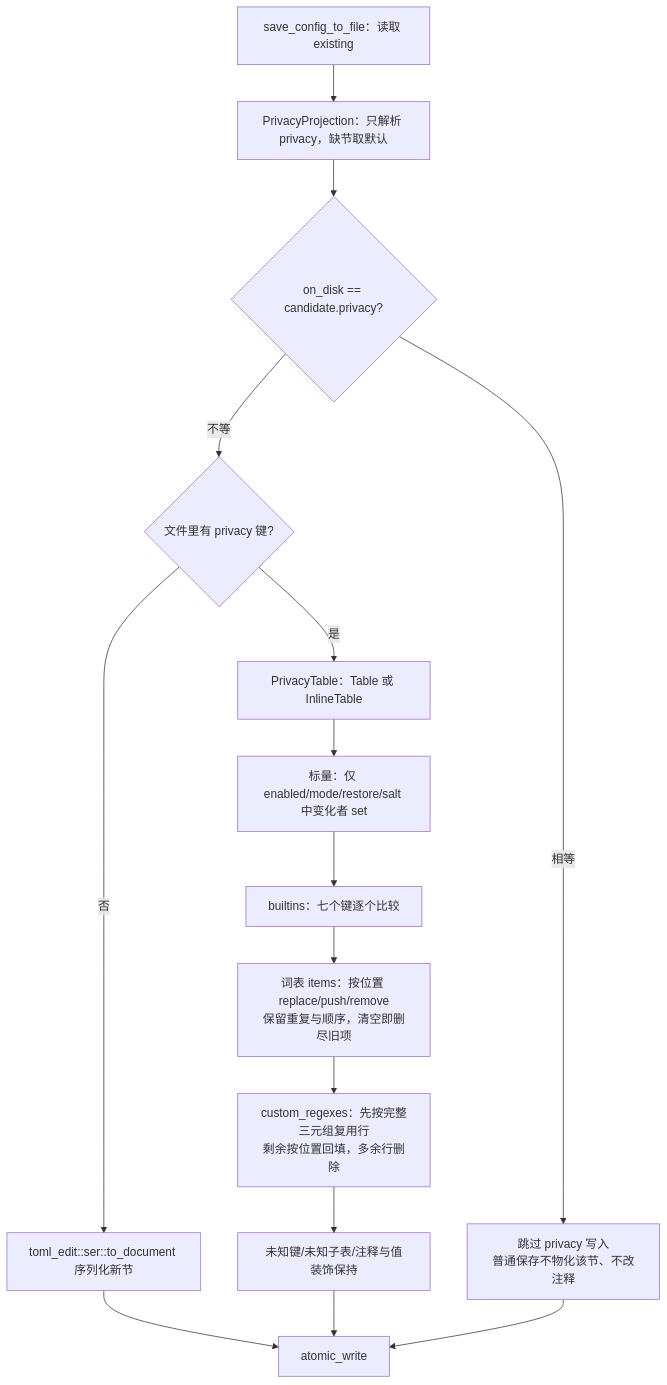
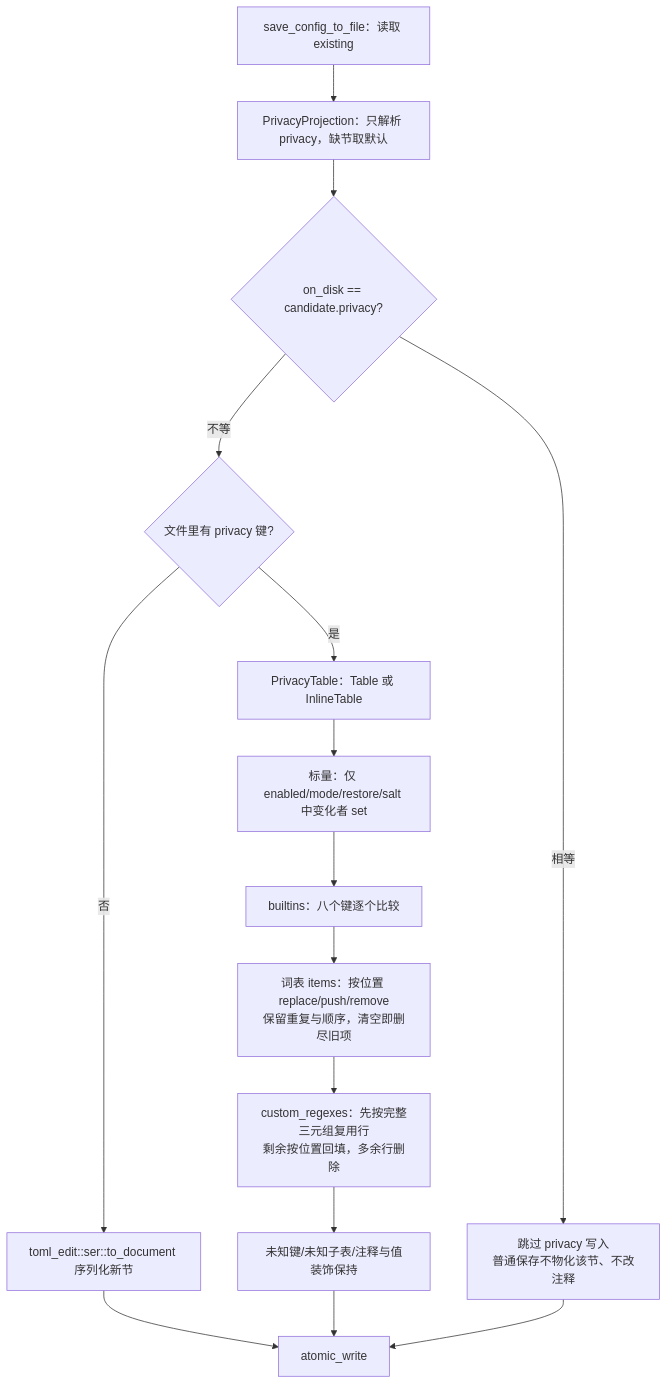
Before and after one commit to rainbowatcher/sag: the fifth of 6 diagrams in docs/spec/privacy/spec.md, drawn with Mermaid. The commit also changed other lines of this file and 23 other files, not shown here.

````diff
--- a/docs/spec/privacy/spec.md
+++ b/docs/spec/privacy/spec.md
@@ -190,17 +190,17 @@
 ```mermaid
 flowchart TD
     A[save_config_to_file：读取 existing] --> B[PrivacyProjection：只解析 privacy，缺节取默认]
     B --> C{on_disk == candidate.privacy?}
     C -->|相等| D[跳过 privacy 写入<br/>普通保存不物化该节、不改注释]
     C -->|不等| E{文件里有 privacy 键?}
     E -->|否| F[toml_edit::ser::to_document 序列化新节]
     E -->|是| G[PrivacyTable：Table 或 InlineTable]
     G --> H[标量：仅 enabled/mode/restore/salt 中变化者 set]
-    H --> I[builtins：七个键逐个比较]
+    H --> I[builtins：八个键逐个比较]
     I --> J[词表 items：按位置 replace/push/remove<br/>保留重复与顺序，清空即删尽旧项]
     J --> K[custom_regexes：先按完整三元组复用行<br/>剩余按位置回填，多余行删除]
     K --> L[未知键/未知子表/注释与值装饰保持]
     F --> M[atomic_write]
     L --> M
     D --> M
 ```
````
